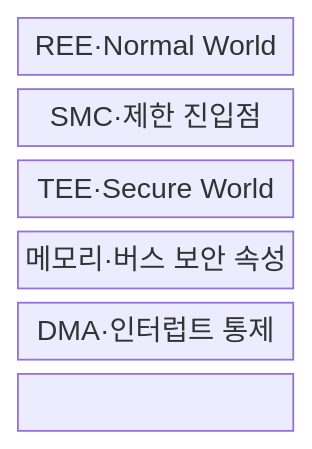
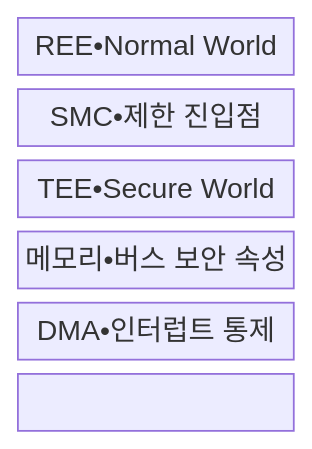
The first of 2 diagrams in src/content/docs/notes/05-security/128_arm_trustzone.md (agnusdei1207/knowledge-base), drawn with Mermaid before and after one commit. The commit also changed other lines of this file and 953 other files, not shown here.

````diff
--- a/src/content/docs/notes/05-security/128_arm_trustzone.md
+++ b/src/content/docs/notes/05-security/128_arm_trustzone.md
@@ -66,11 +66,11 @@
 ```mermaid
 block-beta
   columns 1
-  R["REE·Normal World"]
-  G["SMC·제한 진입점"]
-  T["TEE·Secure World"]
-  M["메모리·버스 보안 속성"]
-  P["DMA·인터럽트 통제"]
+  R["REE•Normal World"]
+  G["SMC•제한 진입점"]
+  T["TEE•Secure World"]
+  M["메모리•버스 보안 속성"]
+  P["DMA•인터럽트 통제"]
   R --- G --- T
   T --- M --- P
 ```
````
